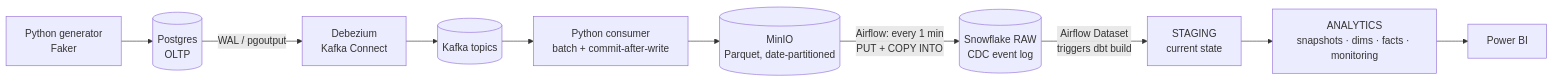
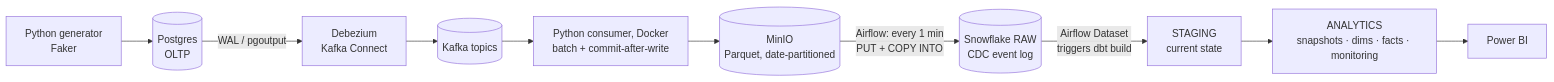
The diagram in README.md (neeleshksingh/Banking-CDC-Pipeline), drawn with Mermaid before and after one commit. The commit also changed other lines of this file and 1 other file, not shown here.

````diff
--- a/README.md
+++ b/README.md
@@ -20,12 +20,12 @@
 ```mermaid
 flowchart LR
     GEN[Python generator<br/>Faker] --> PG[(Postgres<br/>OLTP)]
     PG -- WAL / pgoutput --> DBZ[Debezium<br/>Kafka Connect]
     DBZ --> K[(Kafka topics)]
-    K --> C[Python consumer<br/>batch + commit-after-write]
+    K --> C[Python consumer, Docker<br/>batch + commit-after-write]
     C --> M[(MinIO<br/>Parquet, date-partitioned)]
     M -- Airflow: every 1 min<br/>PUT + COPY INTO --> RAW[(Snowflake RAW<br/>CDC event log)]
     RAW -- Airflow Dataset<br/>triggers dbt build --> STG[STAGING<br/>current state]
     STG --> AN[ANALYTICS<br/>snapshots · dims · facts · monitoring]
     AN --> PBI[Power BI]
 ```
````
